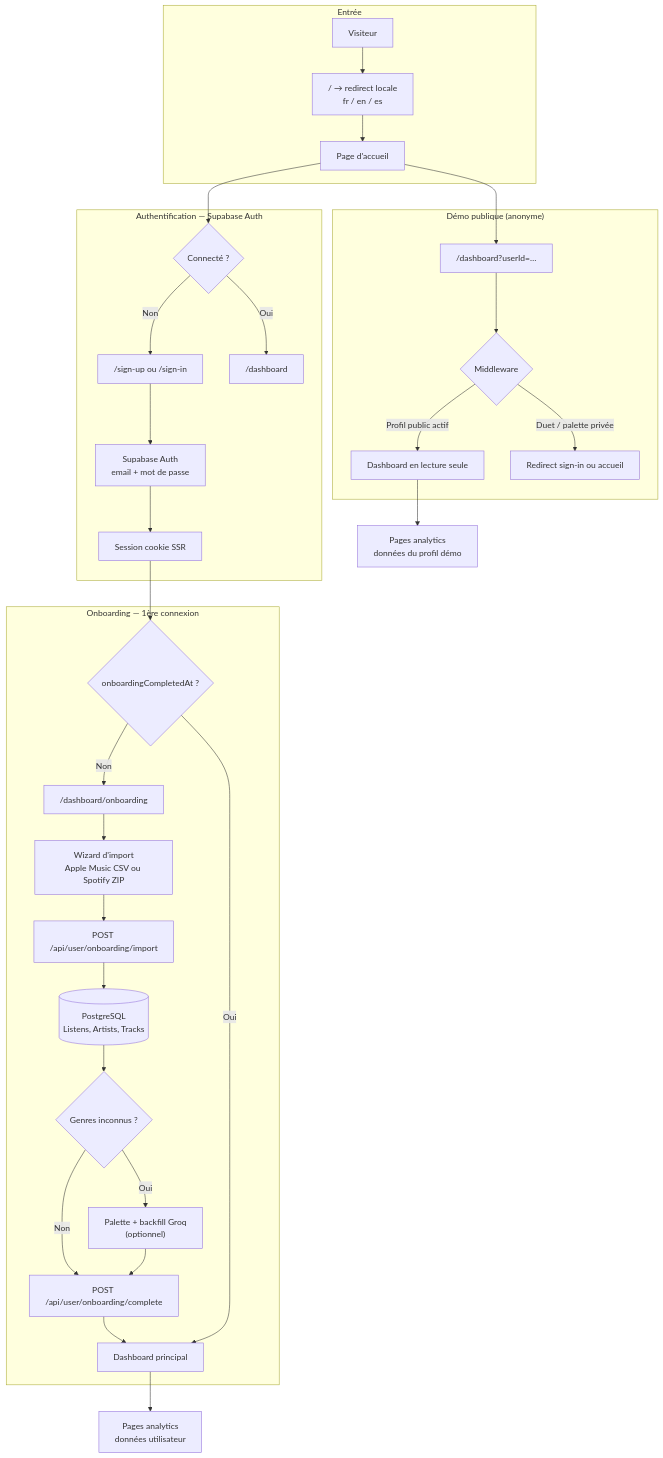
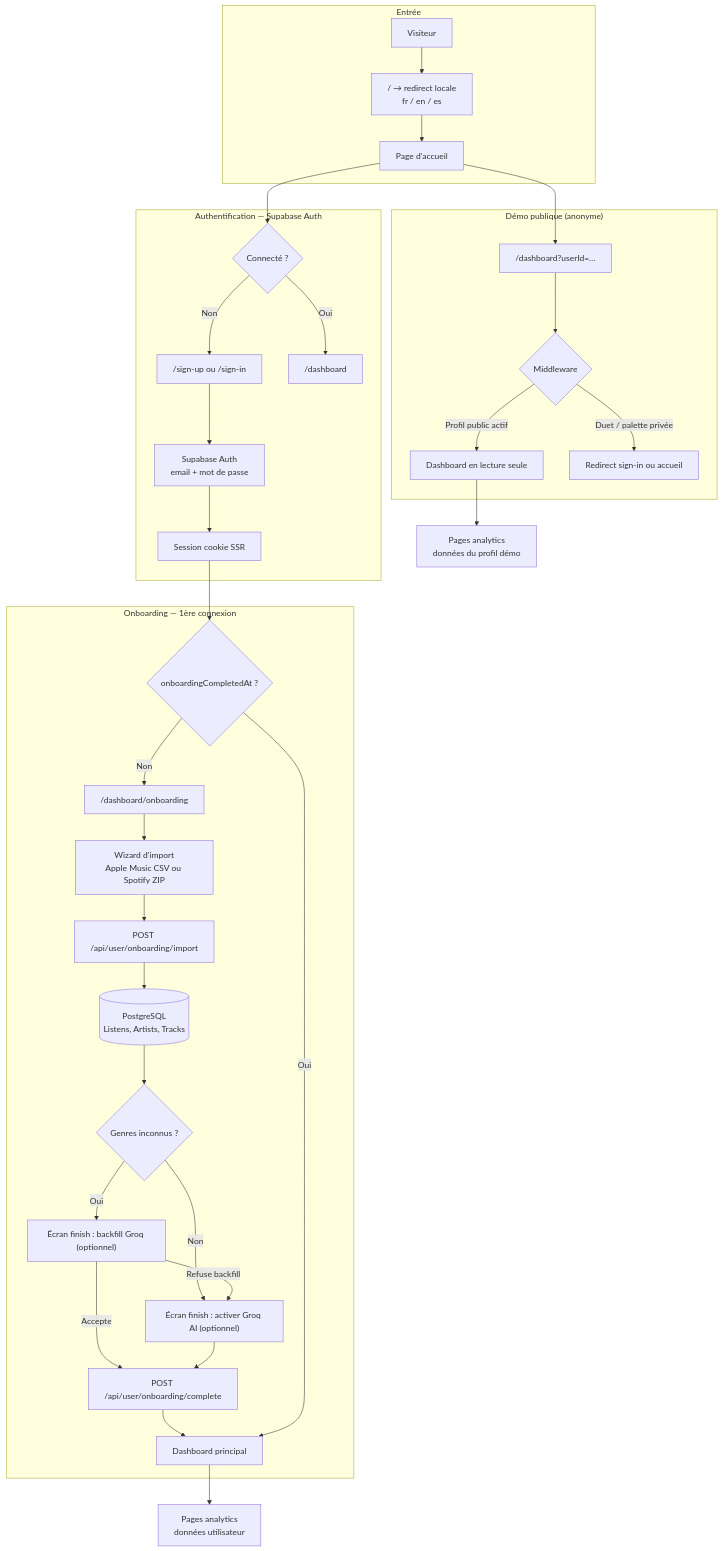
Before and after one commit to wesleyajavon/apple-music-analytics: the first of 4 diagrams in docs/APP_FLOW.md, drawn with Mermaid. The commit also changed other lines of this file and 72 other files, not shown here.

````diff
--- a/docs/APP_FLOW.md
+++ b/docs/APP_FLOW.md
@@ -7,39 +7,41 @@
 ```mermaid
 flowchart TD
     subgraph Entry["Entrée"]
         A[Visiteur] --> B["/ → redirect locale<br/>fr / en / es"]
         B --> C[Page d'accueil]
     end
 
     subgraph Auth["Authentification — Supabase Auth"]
         C --> D{Connecté ?}
         D -->|Non| E["/sign-up ou /sign-in"]
         E --> F[Supabase Auth<br/>email + mot de passe]
         F --> G[Session cookie SSR]
         D -->|Oui| H["/dashboard"]
     end
 
     subgraph Demo["Démo publique (anonyme)"]
         C --> I["/dashboard?userId=…"]
         I --> J{Middleware}
         J -->|Profil public actif| K[Dashboard en lecture seule]
         J -->|Duet / palette privée| L[Redirect sign-in ou accueil]
     end
 
     subgraph Onboarding["Onboarding — 1ère connexion"]
         G --> M{onboardingCompletedAt ?}
         M -->|Non| N["/dashboard/onboarding"]
         N --> O["Wizard d'import<br/>Apple Music CSV ou Spotify ZIP"]
         O --> P["POST /api/user/onboarding/import"]
         P --> Q[(PostgreSQL<br/>Listens, Artists, Tracks)]
         Q --> R{Genres inconnus ?}
-        R -->|Oui| S["Palette + backfill Groq<br/>(optionnel)"]
-        R -->|Non| T["POST /api/user/onboarding/complete"]
-        S --> T
+        R -->|Oui| S["Écran finish : backfill Groq (optionnel)"]
+        R -->|Non| S2["Écran finish : activer Groq AI (optionnel)"]
+        S -->|Refuse backfill| S2
+        S -->|Accepte| T
+        S2 --> T["POST /api/user/onboarding/complete"]
         T --> U[Dashboard principal]
         M -->|Oui| U
     end
 
     K --> V[Pages analytics<br/>données du profil démo]
     U --> W[Pages analytics<br/>données utilisateur]
 ```
````
